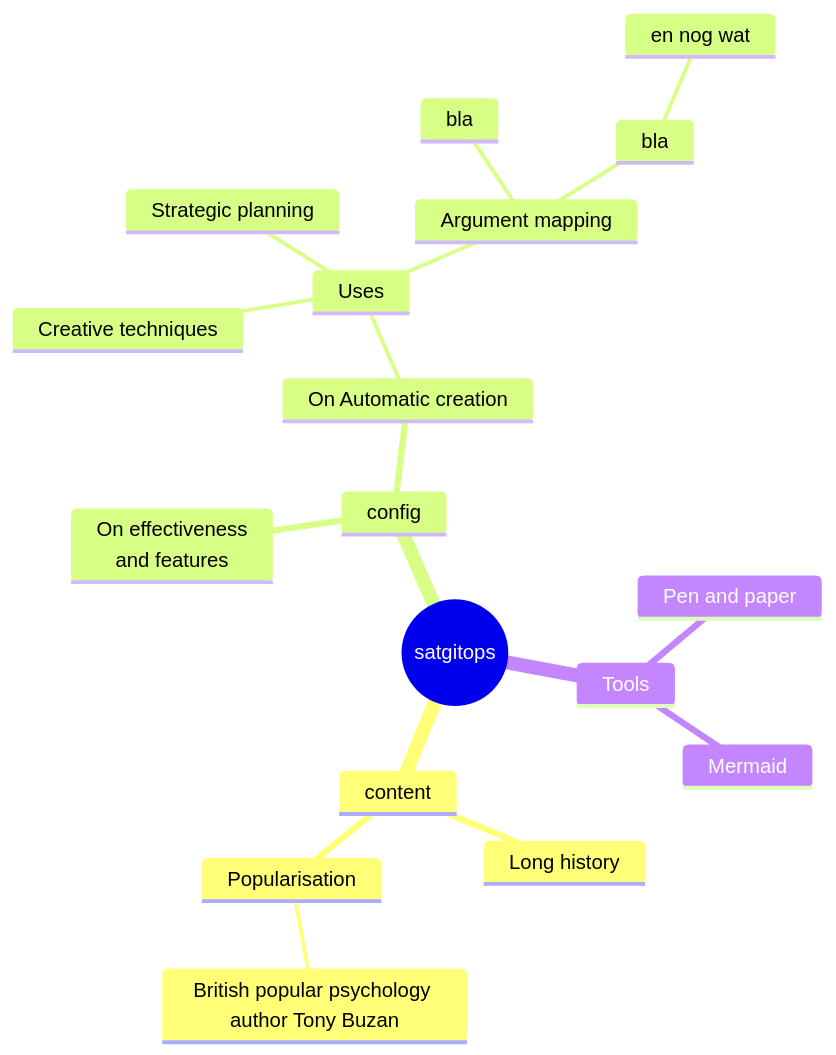
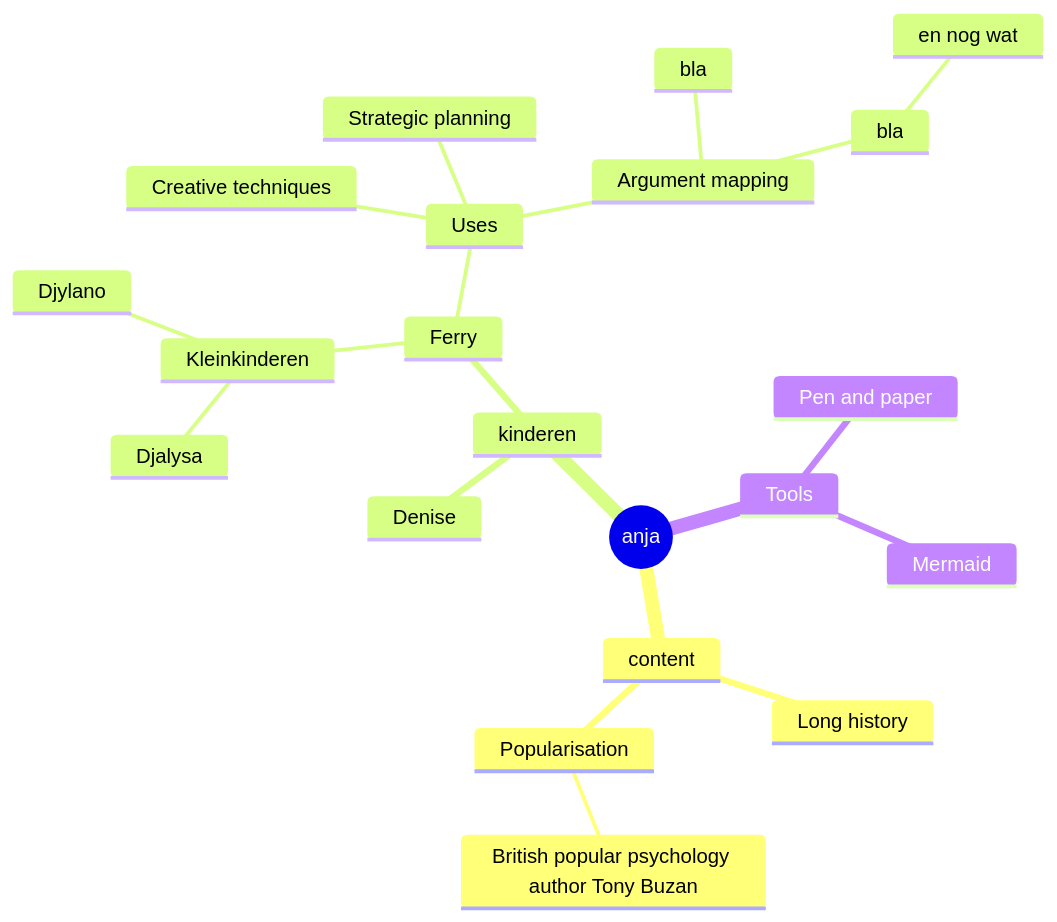
The diagram in README.md (zilux/newProjectPlay), drawn with Mermaid before and after one commit. The commit also changed other lines of this file, not shown here.

````diff
--- a/README.md
+++ b/README.md
@@ -5,22 +9,25 @@
 ```mermaid
 mindmap
-  root((satgitops))
+  root((anja)
     content
       Long history
       ::icon(fa fa-smile)
       Popularisation
         British popular psychology author Tony Buzan
-    config
-      On effectiveness<br/>and features
-      On Automatic creation
+    kinderen
+      Denise
+      Ferry
+        Kleinkinderen
+          Djalysa
+          Djylano
         Uses
             Creative techniques
             Strategic planning
             Argument mapping
                bla
                bla
                  en nog wat
     Tools
       Pen and paper
       Mermaid
 ```
````
